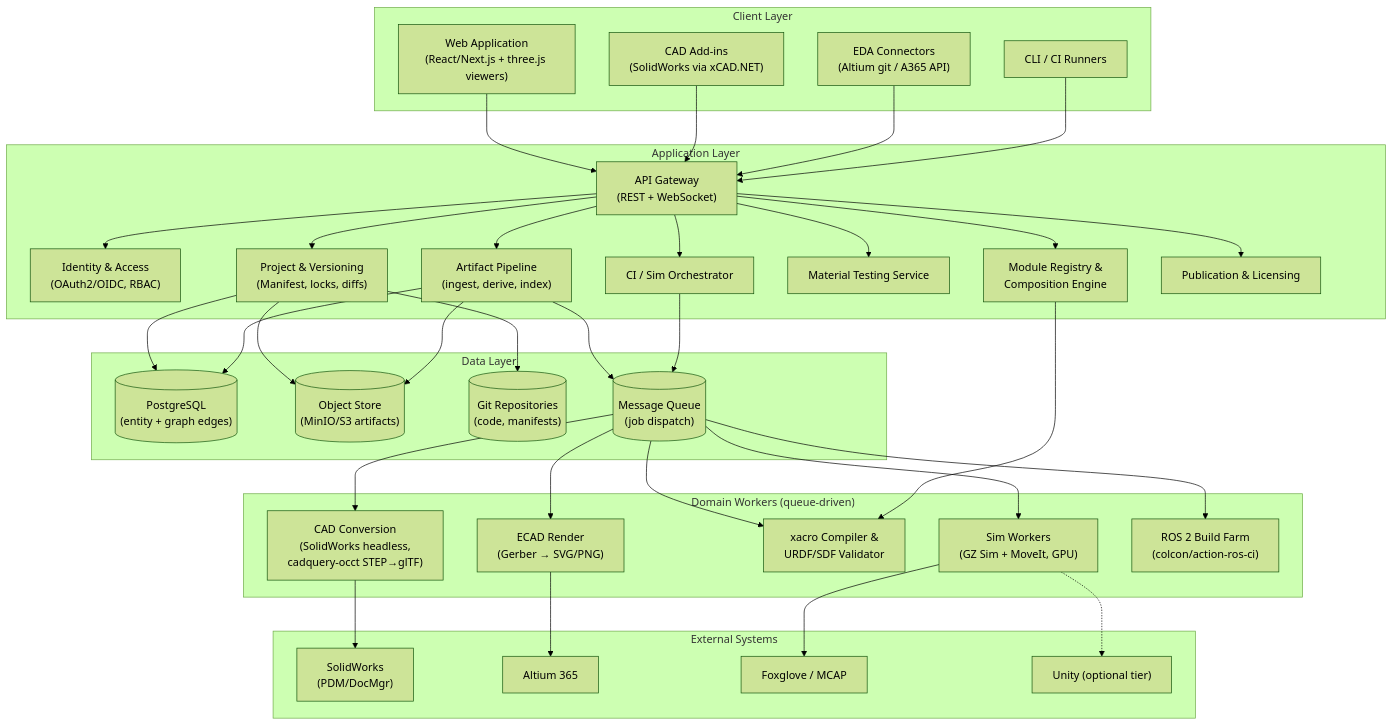
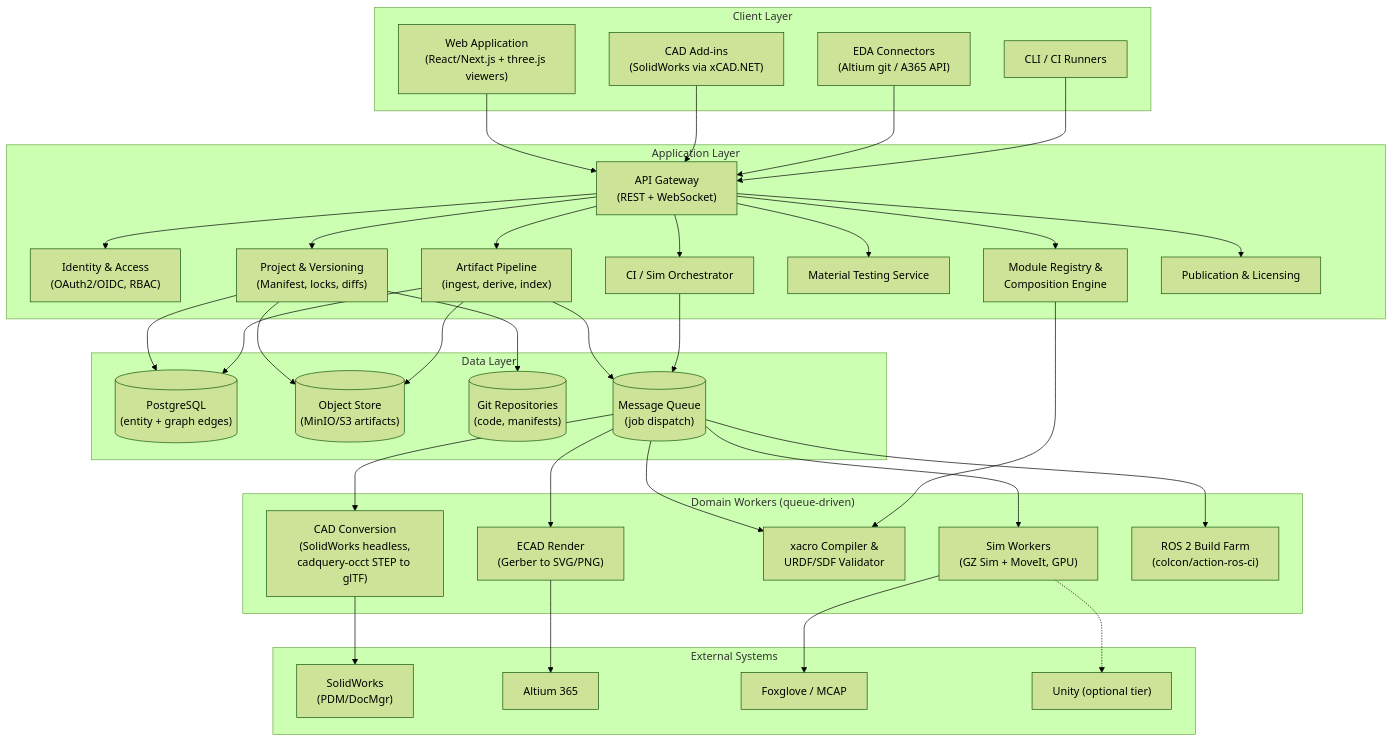
Before and after one commit to ueux/Merlin: the first of 7 diagrams in Project-Report.md, drawn with Mermaid (forest theme). The commit also changed other lines of this file, not shown here.

Commit message:
Fix HTML entity encoding in Project-Report.md

````diff
--- a/Project-Report.md
+++ b/Project-Report.md
@@ -212,57 +212,57 @@
 ```mermaid
 flowchart TB
     subgraph Client["Client Layer"]
         WEB["Web Application<br/>(React/Next.js + three.js viewers)"]
         CADA["CAD Add-ins<br/>(SolidWorks via xCAD.NET)"]
         EDA["EDA Connectors<br/>(Altium git / A365 API)"]
         CLI["CLI / CI Runners"]
     end
 
     subgraph API["Application Layer"]
         GW["API Gateway<br/>(REST + WebSocket)"]
-        AUTH["Identity & Access<br/>(OAuth2/OIDC, RBAC)"]
-        PROJ["Project & Versioning<br/>(Manifest, locks, diffs)"]
+        AUTH["Identity &amp; Access<br/>(OAuth2/OIDC, RBAC)"]
+        PROJ["Project &amp; Versioning<br/>(Manifest, locks, diffs)"]
         ARTP["Artifact Pipeline<br/>(ingest, derive, index)"]
         CI["CI / Sim Orchestrator"]
         MAT["Material Testing Service"]
-        MOD["Module Registry &<br/>Composition Engine"]
-        PUB["Publication & Licensing"]
+        MOD["Module Registry &amp;<br/>Composition Engine"]
+        PUB["Publication &amp; Licensing"]
     end
 
     subgraph Workers["Domain Workers (queue-driven)"]
-        CW["CAD Conversion<br/>(SolidWorks headless,<br/>cadquery-occt STEP→glTF)"]
-        EW["ECAD Render<br/>(Gerber → SVG/PNG)"]
-        XW["xacro Compiler &<br/>URDF/SDF Validator"]
+        CW["CAD Conversion<br/>(SolidWorks headless,<br/>cadquery-occt STEP to glTF)"]
+        EW["ECAD Render<br/>(Gerber to SVG/PNG)"]
+        XW["xacro Compiler &amp;<br/>URDF/SDF Validator"]
         SW["Sim Workers<br/>(GZ Sim + MoveIt, GPU)"]
         BW["ROS 2 Build Farm<br/>(colcon/action-ros-ci)"]
     end
 
     subgraph Data["Data Layer"]
         PG[("PostgreSQL<br/>(entity + graph edges)")]
         OS[("Object Store<br/>(MinIO/S3 artifacts)")]
         GIT[("Git Repositories<br/>(code, manifests)")]
         MQ[("Message Queue<br/>(job dispatch)")]
     end
 
     subgraph Ext["External Systems"]
         SWX["SolidWorks<br/>(PDM/DocMgr)"]
         ALX["Altium 365"]
         FP["Foxglove / MCAP"]
         UNX["Unity (optional tier)"]
     end
 
     WEB --> GW
     CADA --> GW
     EDA --> GW
     CLI --> GW
     GW --> AUTH & PROJ & ARTP & CI & MAT & MOD & PUB
     ARTP --> MQ --> CW & EW & XW
     CI --> MQ --> BW & SW
     PROJ --> PG & OS & GIT
     ARTP --> OS & PG
     MOD --> XW
     SW --> FP
     CW --> SWX
     EW --> ALX
     SW -.-> UNX
 ```
````
